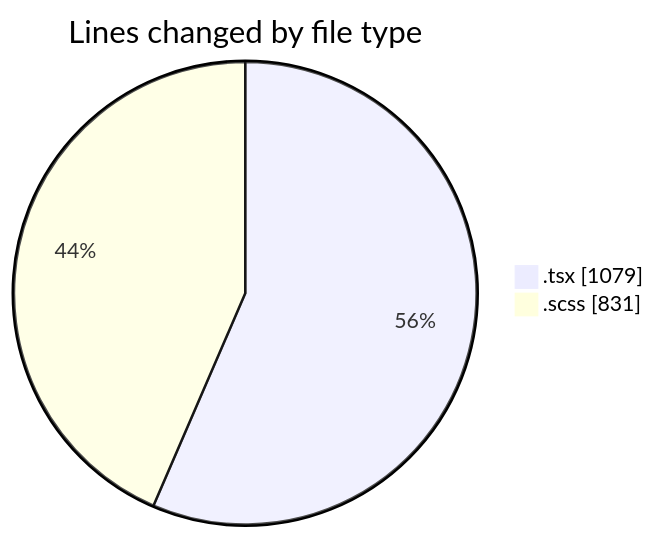
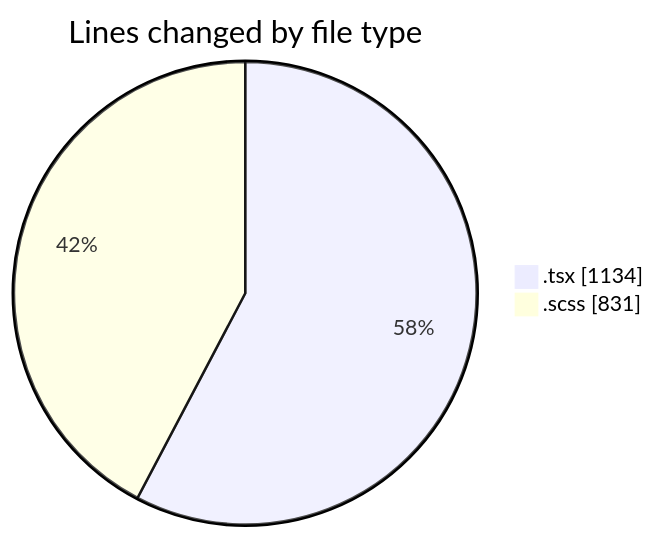
The first of 2 diagrams in 2025-10-06/cda/README.md (momahboobian/code-tracking), drawn with Mermaid before and after one commit. The commit also changed other lines of this file and 1 other file, not shown here.

````diff
--- a/2025-10-06/cda/README.md
+++ b/2025-10-06/cda/README.md
@@ -24,6 +24,6 @@
 ```mermaid
 pie showData
 title Lines changed by file type
-".tsx" : 1079
+".tsx" : 1134
 ".scss" : 831
 ```
````
